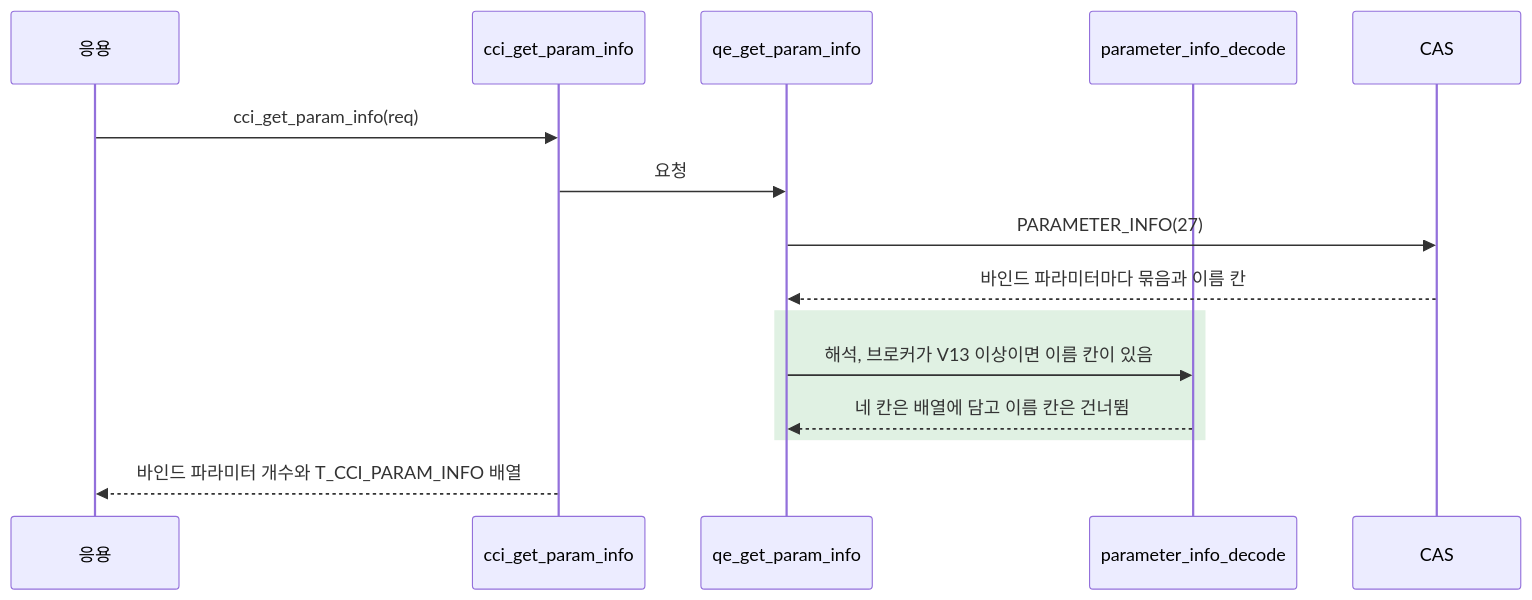
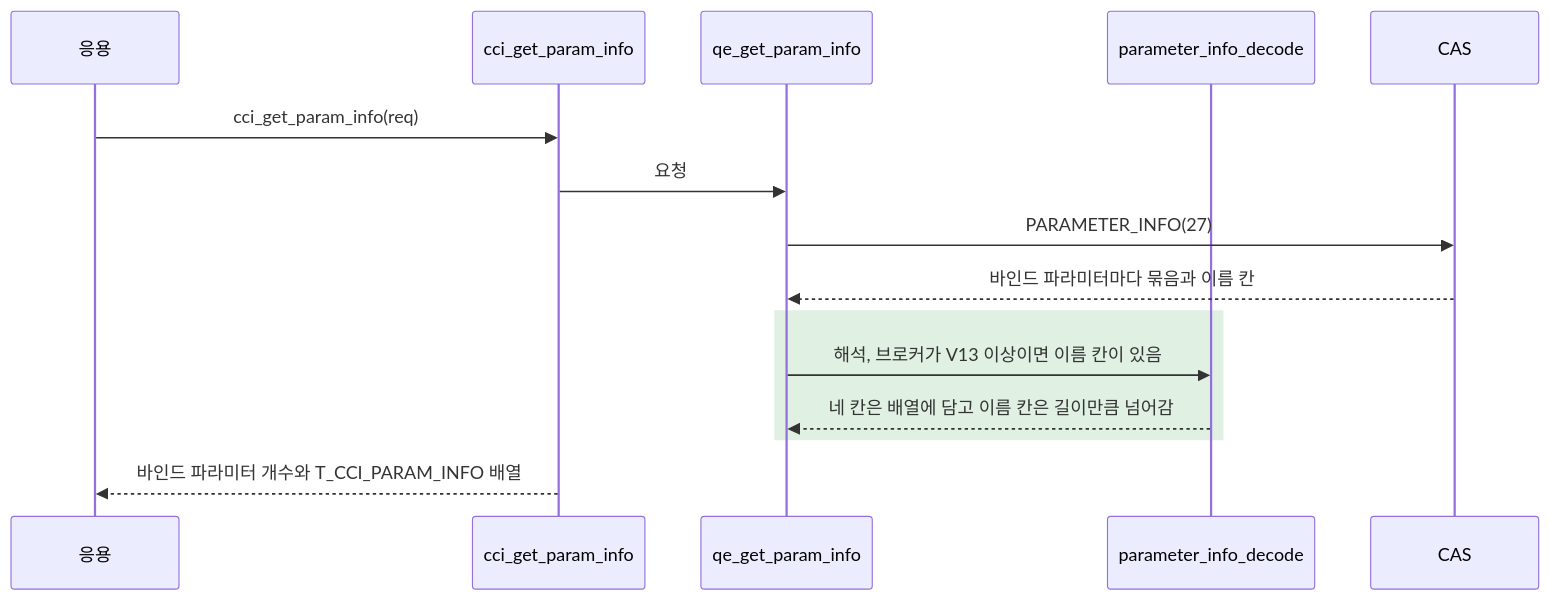
The first of 2 diagrams in APIS-1139/APIS-1139-cci-parameter-name.md (Srltas/work-docs), drawn with Mermaid before and after one commit. The commit also changed other lines of this file and 2 other files, not shown here.

````diff
--- a/APIS-1139/APIS-1139-cci-parameter-name.md
+++ b/APIS-1139/APIS-1139-cci-parameter-name.md
@@ -15,17 +15,17 @@
 ```mermaid
 sequenceDiagram
   participant A as 응용
   participant API as cci_get_param_info
   participant Q as qe_get_param_info
   participant D as parameter_info_decode
   participant C as CAS
   A->>API: cci_get_param_info(req)
   API->>Q: 요청
   Q->>C: PARAMETER_INFO(27)
   C-->>Q: 바인드 파라미터마다 묶음과 이름 칸
   rect rgba(46, 160, 67, 0.15)
     Q->>D: 해석, 브로커가 V13 이상이면 이름 칸이 있음
-    D-->>Q: 네 칸은 배열에 담고 이름 칸은 건너뜀
+    D-->>Q: 네 칸은 배열에 담고 이름 칸은 길이만큼 넘어감
   end
   API-->>A: 바인드 파라미터 개수와 T_CCI_PARAM_INFO 배열
 ```
````
